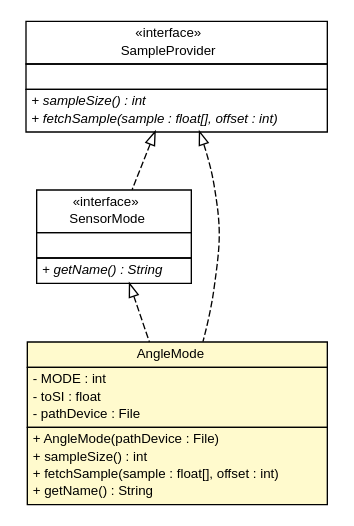
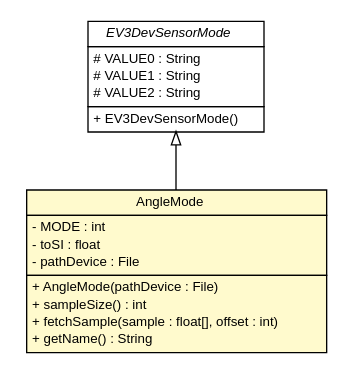
One commit to DMyTryC/ev3dev-lang-java changed the diagram in docs/api/ev3dev/hardware/sensor/ev3/EV3GyroSensor.AngleMode.dot. Above: the diagram before and after it, drawn with Graphviz. The commit also changed 477 other files, not shown here.

```diff
--- a/docs/api/ev3dev/hardware/sensor/ev3/EV3GyroSensor.AngleMode.dot
+++ b/docs/api/ev3dev/hardware/sensor/ev3/EV3GyroSensor.AngleMode.dot
@@ -1,62 +1,45 @@
 #!/usr/local/bin/dot
 #
 # Class diagram 
 # Generated by UMLGraph version R5_6-24-gf6e263 (http://www.umlgraph.org/)
 #
 
 digraph G {
 	edge [fontname="Helvetica",fontsize=10,labelfontname="Helvetica",labelfontsize=10];
 	node [fontname="Helvetica",fontsize=10,shape=plaintext];
 	nodesep=0.25;
 	ranksep=0.5;
-	// ev3dev.hardware.sensor.SensorMode
-	c1531 [label=<<table title="ev3dev.hardware.sensor.SensorMode" border="0" cellborder="1" cellspacing="0" cellpadding="2" port="p" href="../SensorMode.html">
+	// ev3dev.hardware.sensor.ev3.EV3DevSensorMode
+	c2733 [label=<<table title="ev3dev.hardware.sensor.ev3.EV3DevSensorMode" border="0" cellborder="1" cellspacing="0" cellpadding="2" port="p" href="./EV3DevSensorMode.html">
 		<tr><td><table border="0" cellspacing="0" cellpadding="1">
-<tr><td align="center" balign="center"> &#171;interface&#187; </td></tr>
-<tr><td align="center" balign="center"> SensorMode </td></tr>
+<tr><td align="center" balign="center"><font face="Helvetica-Oblique"> EV3DevSensorMode </font></td></tr>
 		</table></td></tr>
 		<tr><td><table border="0" cellspacing="0" cellpadding="1">
-<tr><td align="left" balign="left">  </td></tr>
+<tr><td align="left" balign="left"> # VALUE0 : String </td></tr>
+<tr><td align="left" balign="left"> # VALUE1 : String </td></tr>
+<tr><td align="left" balign="left"> # VALUE2 : String </td></tr>
 		</table></td></tr>
 		<tr><td><table border="0" cellspacing="0" cellpadding="1">
-<tr><td align="left" balign="left"><font face="Helvetica-Oblique" point-size="10.0"> + getName() : String </font></td></tr>
+<tr><td align="left" balign="left"> + EV3DevSensorMode() </td></tr>
 		</table></td></tr>
-		</table>>, URL="../SensorMode.html", fontname="Helvetica", fontcolor="black", fontsize=10.0];
+		</table>>, URL="./EV3DevSensorMode.html", fontname="Helvetica", fontcolor="black", fontsize=10.0];
 	// ev3dev.hardware.sensor.ev3.EV3GyroSensor.AngleMode
-	c1534 [label=<<table title="ev3dev.hardware.sensor.ev3.EV3GyroSensor.AngleMode" border="0" cellborder="1" cellspacing="0" cellpadding="2" port="p" bgcolor="lemonChiffon" href="./EV3GyroSensor.AngleMode.html">
+	c2735 [label=<<table title="ev3dev.hardware.sensor.ev3.EV3GyroSensor.AngleMode" border="0" cellborder="1" cellspacing="0" cellpadding="2" port="p" bgcolor="lemonChiffon" href="./EV3GyroSensor.AngleMode.html">
 		<tr><td><table border="0" cellspacing="0" cellpadding="1">
 <tr><td align="center" balign="center"> AngleMode </td></tr>
 		</table></td></tr>
 		<tr><td><table border="0" cellspacing="0" cellpadding="1">
 <tr><td align="left" balign="left"> - MODE : int </td></tr>
 <tr><td align="left" balign="left"> - toSI : float </td></tr>
 <tr><td align="left" balign="left"> - pathDevice : File </td></tr>
 		</table></td></tr>
 		<tr><td><table border="0" cellspacing="0" cellpadding="1">
 <tr><td align="left" balign="left"> + AngleMode(pathDevice : File) </td></tr>
 <tr><td align="left" balign="left"> + sampleSize() : int </td></tr>
 <tr><td align="left" balign="left"> + fetchSample(sample : float[], offset : int) </td></tr>
 <tr><td align="left" balign="left"> + getName() : String </td></tr>
 		</table></td></tr>
 		</table>>, URL="./EV3GyroSensor.AngleMode.html", fontname="Helvetica", fontcolor="black", fontsize=10.0];
-	// lejos.robotics.SampleProvider
-	c1545 [label=<<table title="lejos.robotics.SampleProvider" border="0" cellborder="1" cellspacing="0" cellpadding="2" port="p" href="../../../../lejos/robotics/SampleProvider.html">
-		<tr><td><table border="0" cellspacing="0" cellpadding="1">
-<tr><td align="center" balign="center"> &#171;interface&#187; </td></tr>
-<tr><td align="center" balign="center"> SampleProvider </td></tr>
-		</table></td></tr>
-		<tr><td><table border="0" cellspacing="0" cellpadding="1">
-<tr><td align="left" balign="left">  </td></tr>
-		</table></td></tr>
-		<tr><td><table border="0" cellspacing="0" cellpadding="1">
-<tr><td align="left" balign="left"><font face="Helvetica-Oblique" point-size="10.0"> + sampleSize() : int </font></td></tr>
-<tr><td align="left" balign="left"><font face="Helvetica-Oblique" point-size="10.0"> + fetchSample(sample : float[], offset : int) </font></td></tr>
-		</table></td></tr>
-		</table>>, URL="../../../../lejos/robotics/SampleProvider.html", fontname="Helvetica", fontcolor="black", fontsize=10.0];
-	//ev3dev.hardware.sensor.SensorMode implements lejos.robotics.SampleProvider
-	c1545:p -> c1531:p [dir=back,arrowtail=empty,style=dashed];
-	//ev3dev.hardware.sensor.ev3.EV3GyroSensor.AngleMode implements lejos.robotics.SampleProvider
-	c1545:p -> c1534:p [dir=back,arrowtail=empty,style=dashed];
-	//ev3dev.hardware.sensor.ev3.EV3GyroSensor.AngleMode implements ev3dev.hardware.sensor.SensorMode
-	c1531:p -> c1534:p [dir=back,arrowtail=empty,style=dashed];
+	//ev3dev.hardware.sensor.ev3.EV3GyroSensor.AngleMode extends ev3dev.hardware.sensor.ev3.EV3DevSensorMode
+	c2733:p -> c2735:p [dir=back,arrowtail=empty];
 }
```
